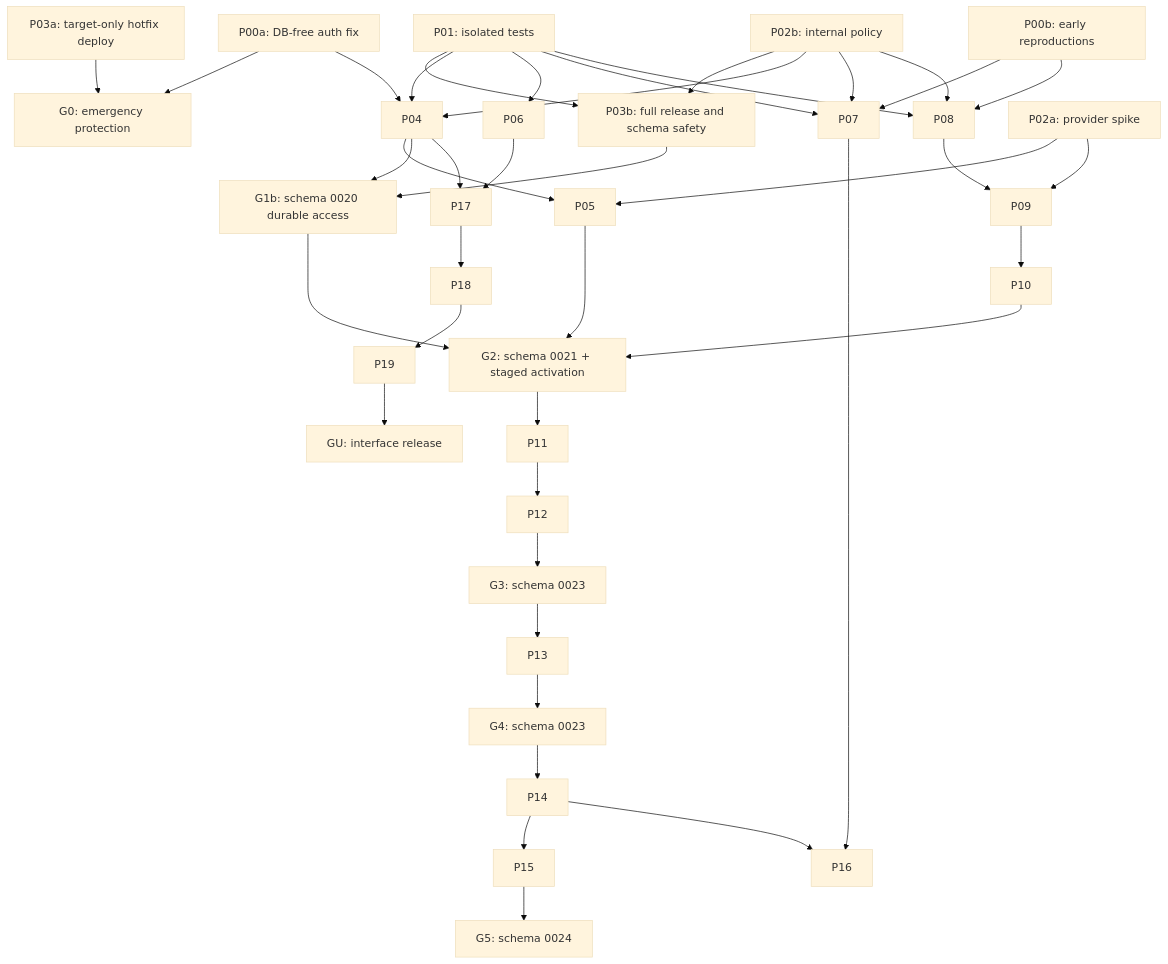
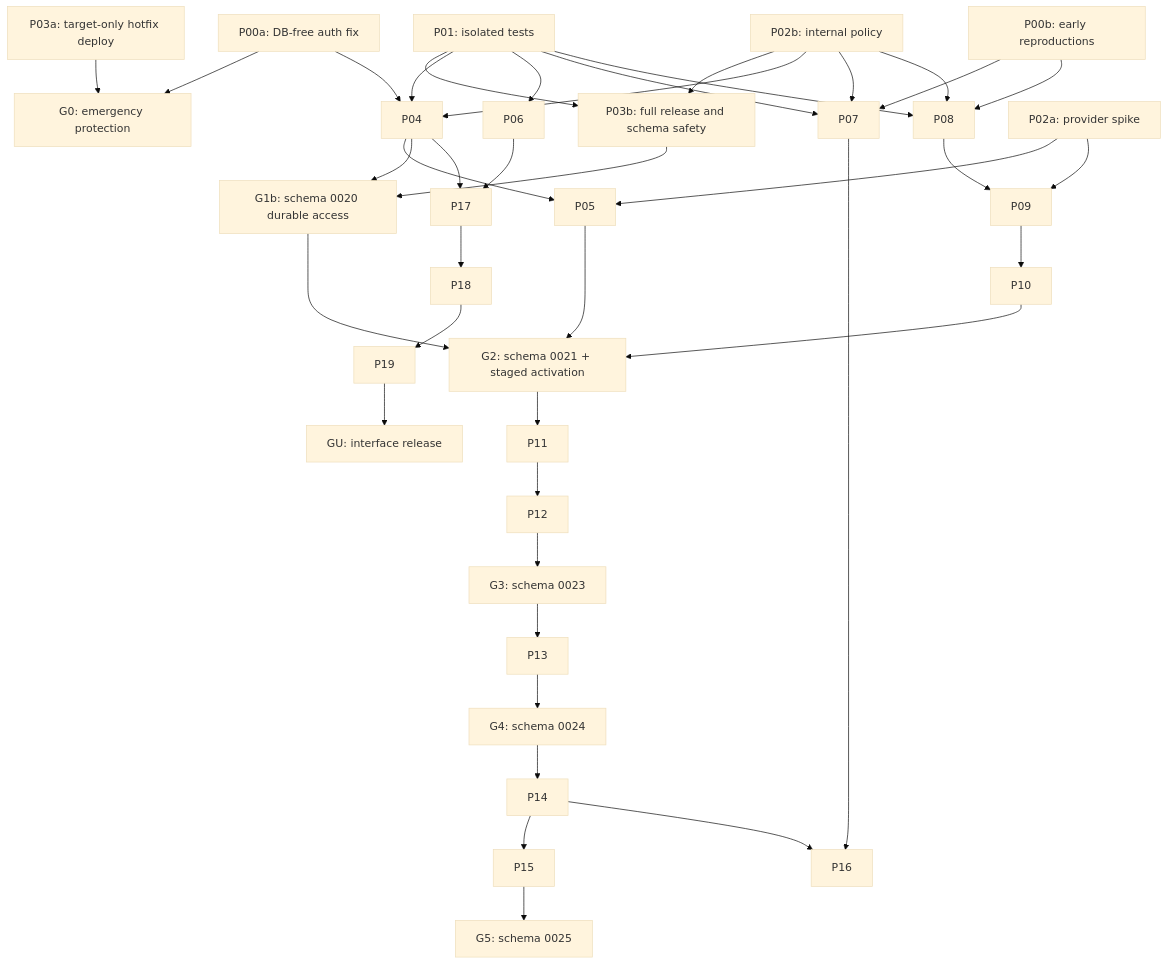
One commit to Shivani862000/AI-Call-Agent changed the diagram in claude-docs/2026-09-08-APPLICATION_GAP_REMEDIATION_PLAN.md. Above: the diagram before and after it, drawn with Mermaid (base theme). The commit also changed other lines of this file and 5 other files, not shown here.

````diff
--- a/claude-docs/2026-09-08-APPLICATION_GAP_REMEDIATION_PLAN.md
+++ b/claude-docs/2026-09-08-APPLICATION_GAP_REMEDIATION_PLAN.md
@@ -150,35 +150,35 @@
 ```mermaid
 flowchart TD
   P00a["P00a: DB-free auth fix"] --> G0["G0: emergency protection"]
   P03a["P03a: target-only hotfix deploy"] --> G0
   P00b["P00b: early reproductions"] --> P07
   P00b --> P08
   P01["P01: isolated tests"] --> P03b["P03b: full release and schema safety"]
   P02b["P02b: internal policy"] --> P03b
   P00a --> P04
   P01 --> P04
   P02b --> P04
   P01 --> P06
   P01 --> P07
   P02b --> P07
   P01 --> P08
   P02b --> P08
   P02a["P02a: provider spike"] --> P05
   P04 --> P05
   P08 --> P09
   P02a --> P09
   P09 --> P10
   P03b --> G1b["G1b: schema 0020 durable access"]
   P04 --> G1b
   G1b --> G2["G2: schema 0021 + staged activation"]
   P05 --> G2
   P10 --> G2
   G2 --> P11 --> P12 --> G3["G3: schema 0023"]
-  G3 --> P13 --> G4["G4: schema 0023"]
-  G4 --> P14 --> P15 --> G5["G5: schema 0024"]
+  G3 --> P13 --> G4["G4: schema 0024"]
+  G4 --> P14 --> P15 --> G5["G5: schema 0025"]
   P14 --> P16
   P07 --> P16
   P04 --> P17
   P06 --> P17
   P17 --> P18 --> P19 --> GU["GU: interface release"]
 ```
````
